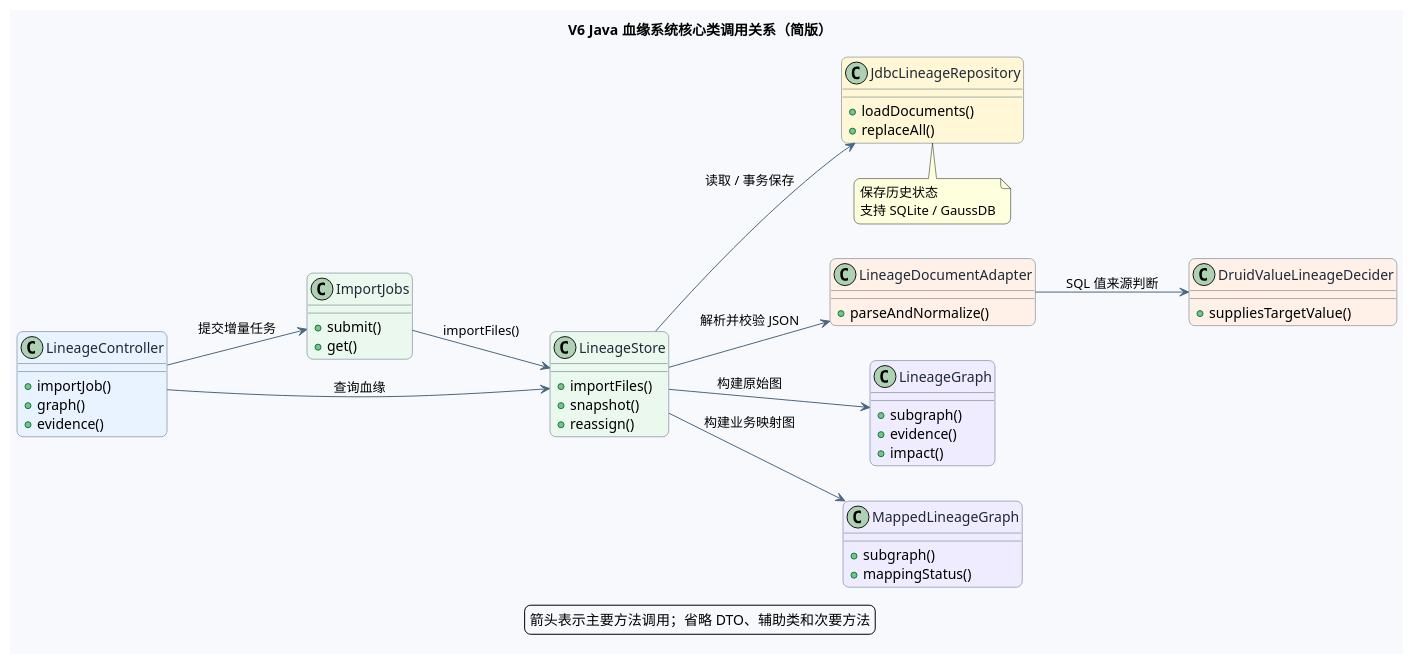
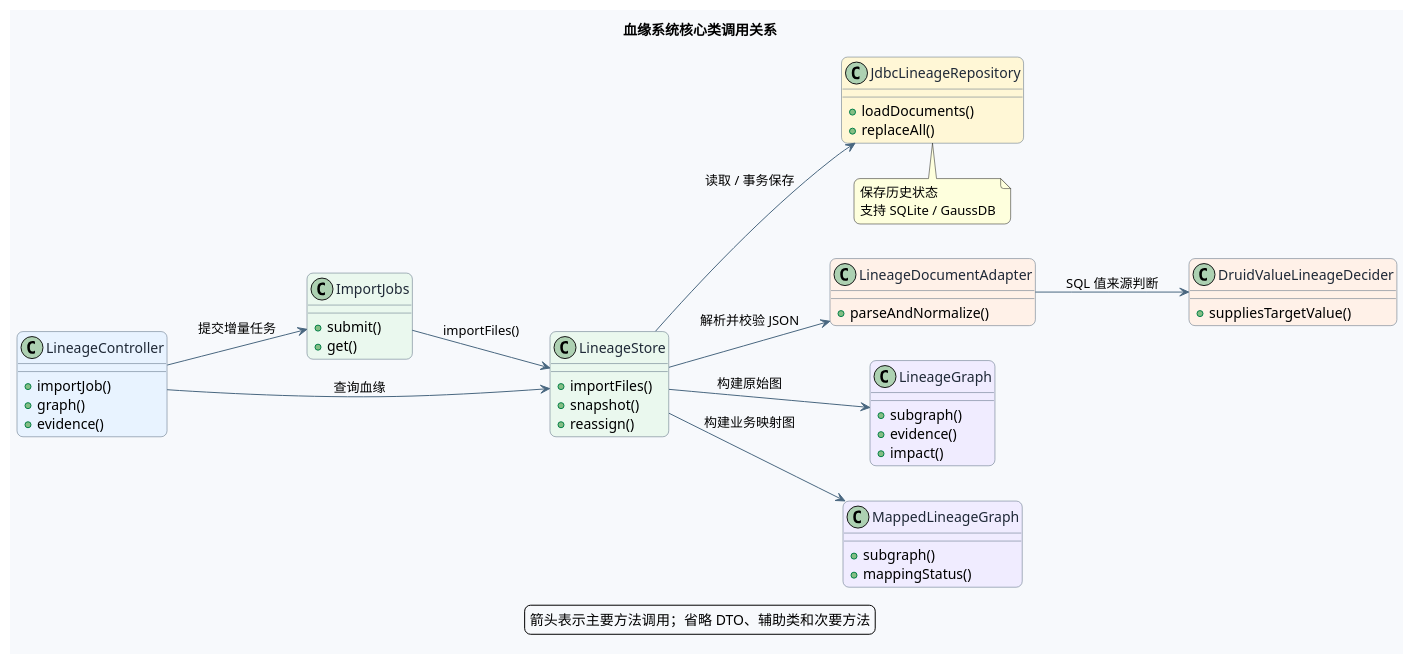
The diagram in docs/JAVA_CLASS_METHOD_CALLS.puml (gongjl123/lineage_bank), drawn with PlantUML before and after one commit. The commit also changed 2 other files, not shown here.

Commit message:
docs: rename core class diagram

```diff
--- a/docs/JAVA_CLASS_METHOD_CALLS.puml
+++ b/docs/JAVA_CLASS_METHOD_CALLS.puml
@@ -1,73 +1,73 @@
 @startuml
-title V6 Java 血缘系统核心类调用关系（简版）
+title 血缘系统核心类调用关系
 
 left to right direction
 skinparam backgroundColor #F7F9FC
 skinparam shadowing false
 skinparam roundcorner 12
 skinparam class {
   BackgroundColor #FFFFFF
   BorderColor #52677A
   ArrowColor #496780
   FontColor #1F2937
 }
 
 class LineageController #E8F3FF {
   +importJob()
   +graph()
   +evidence()
 }
 
 class ImportJobs #EAF8EE {
   +submit()
   +get()
 }
 
 class LineageStore #EAF8EE {
   +importFiles()
   +snapshot()
   +reassign()
 }
 
 class LineageDocumentAdapter #FFF1E8 {
   +parseAndNormalize()
 }
 
 class DruidValueLineageDecider #FFF1E8 {
   +suppliesTargetValue()
 }
 
 class LineageGraph #F0ECFF {
   +subgraph()
   +evidence()
   +impact()
 }
 
 class MappedLineageGraph #F0ECFF {
   +subgraph()
   +mappingStatus()
 }
 
 class JdbcLineageRepository #FFF7D6 {
   +loadDocuments()
   +replaceAll()
 }
 
 LineageController --> ImportJobs : 提交增量任务
 LineageController --> LineageStore : 查询血缘
 ImportJobs --> LineageStore : importFiles()
 LineageStore --> LineageDocumentAdapter : 解析并校验 JSON
 LineageDocumentAdapter --> DruidValueLineageDecider : SQL 值来源判断
 LineageStore --> LineageGraph : 构建原始图
 LineageStore --> MappedLineageGraph : 构建业务映射图
 LineageStore --> JdbcLineageRepository : 读取 / 事务保存
 
 note bottom of JdbcLineageRepository
   保存历史状态
   支持 SQLite / GaussDB
 end note
 
 legend bottom
   箭头表示主要方法调用；省略 DTO、辅助类和次要方法
 endlegend
 @enduml
```
